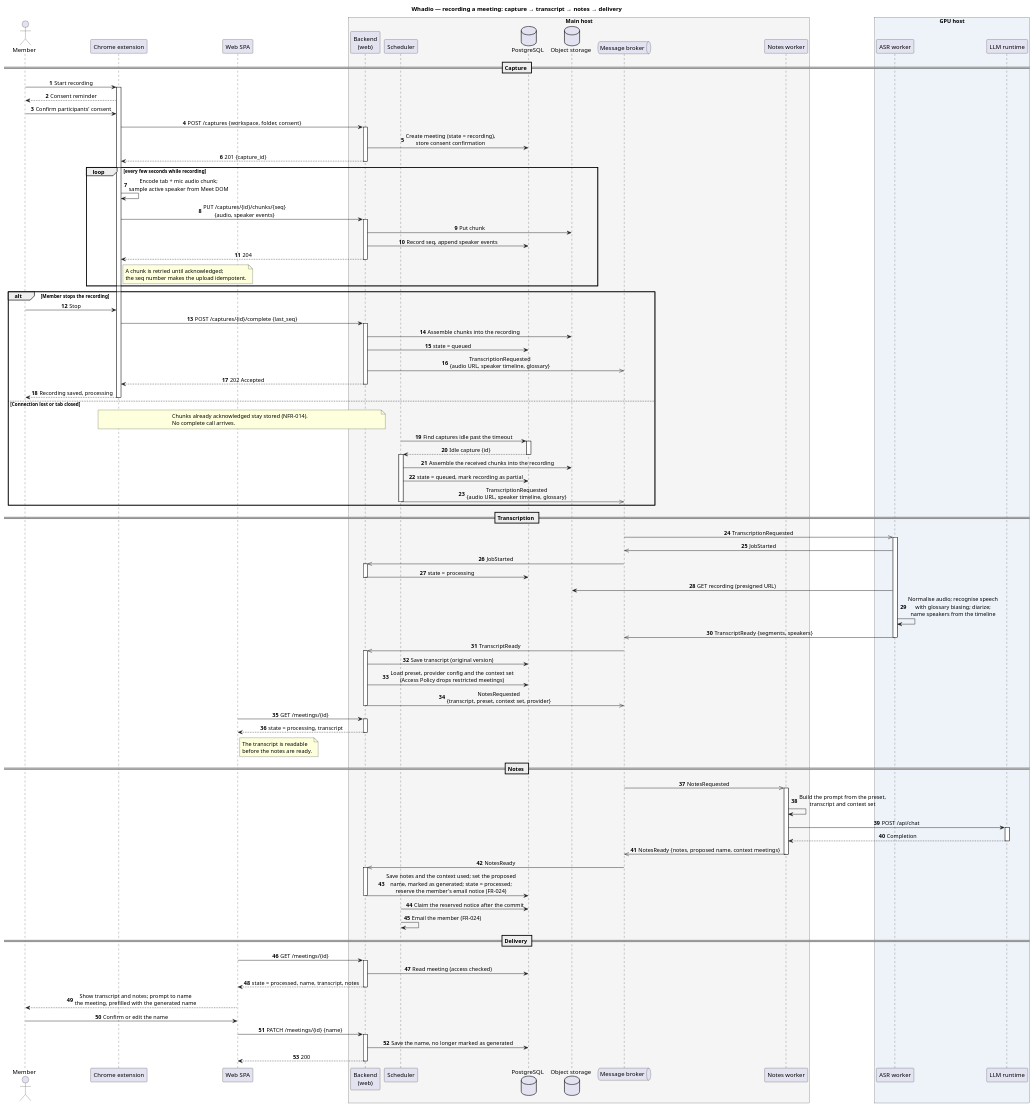
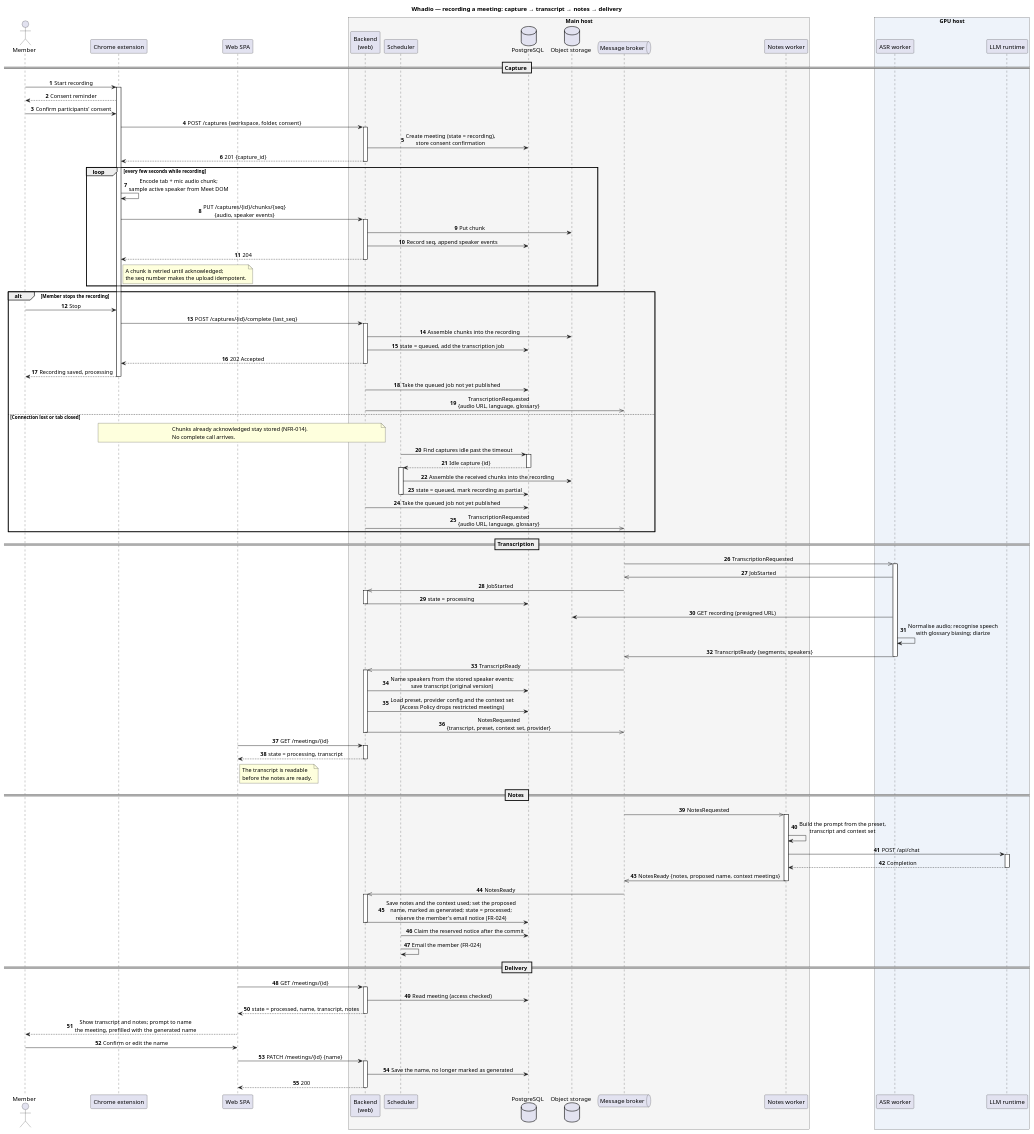
The diagram in docs/architecture/uml/sequence-meeting-pipeline.puml (ukma-fin-ssdm-2026/Whadio), drawn with PlantUML before and after one commit. The commit also changed 6 other files, not shown here.

```diff
--- a/docs/architecture/uml/sequence-meeting-pipeline.puml
+++ b/docs/architecture/uml/sequence-meeting-pipeline.puml
@@ -1,113 +1,115 @@
 @startuml sequence-meeting-pipeline
 title Whadio — recording a meeting: capture → transcript → notes → delivery
 
 skinparam sequenceMessageAlign center
 skinparam responseMessageBelowArrow true
 autonumber
 
 actor "Member" as user
 participant "Chrome extension" as ext
 participant "Web SPA" as spa
 
 box "Main host" #F5F5F5
   participant "Backend\n(web)" as web
   participant "Scheduler" as scheduler
   database "PostgreSQL" as db
   database "Object storage" as store
   queue "Message broker" as mq
   participant "Notes worker" as notes
 end box
 
 box "GPU host" #EEF3FA
   participant "ASR worker" as asr
   participant "LLM runtime" as llm
 end box
 
 == Capture ==
 
 user -> ext ++ : Start recording
 ext --> user : Consent reminder
 user -> ext : Confirm participants' consent
 ext -> web ++ : POST /captures {workspace, folder, consent}
 web -> db : Create meeting (state = recording),\nstore consent confirmation
 web --> ext -- : 201 {capture_id}
 
 loop every few seconds while recording
   ext -> ext : Encode tab + mic audio chunk;\nsample active speaker from Meet DOM
   ext -> web ++ : PUT /captures/{id}/chunks/{seq}\n{audio, speaker events}
   web -> store : Put chunk
   web -> db : Record seq, append speaker events
   web --> ext -- : 204
   note right of ext
     A chunk is retried until acknowledged;
     the seq number makes the upload idempotent.
   end note
 end
 
 alt Member stops the recording
   user -> ext : Stop
   ext -> web ++ : POST /captures/{id}/complete {last_seq}
   web -> store : Assemble chunks into the recording
-  web -> db : state = queued
-  web ->> mq : TranscriptionRequested\n{audio URL, speaker timeline, glossary}
+  web -> db : state = queued, add the transcription job
   web --> ext -- : 202 Accepted
   ext --> user -- : Recording saved, processing
+  web -> db : Take the queued job not yet published
+  web ->> mq : TranscriptionRequested\n{audio URL, language, glossary}
 else Connection lost or tab closed
   note over ext, web
     Chunks already acknowledged stay stored (NFR-014).
     No complete call arrives.
   end note
   scheduler -> db ++ : Find captures idle past the timeout
   db --> scheduler -- : Idle capture {id}
   activate scheduler
   scheduler -> store : Assemble the received chunks into the recording
   scheduler -> db : state = queued, mark recording as partial
-  scheduler ->> mq : TranscriptionRequested\n{audio URL, speaker timeline, glossary}
   deactivate scheduler
+  web -> db : Take the queued job not yet published
+  web ->> mq : TranscriptionRequested\n{audio URL, language, glossary}
 end
 
 == Transcription ==
 
 mq ->> asr ++ : TranscriptionRequested
 asr ->> mq : JobStarted
 mq ->> web ++ : JobStarted
 web -> db -- : state = processing
 asr -> store : GET recording (presigned URL)
-asr -> asr : Normalise audio; recognise speech\nwith glossary biasing; diarize;\nname speakers from the timeline
+asr -> asr : Normalise audio; recognise speech\nwith glossary biasing; diarize
 asr ->> mq -- : TranscriptReady {segments, speakers}
 mq ->> web ++ : TranscriptReady
-web -> db : Save transcript (original version)
+web -> db : Name speakers from the stored speaker events;\nsave transcript (original version)
 web -> db : Load preset, provider config and the context set\n(Access Policy drops restricted meetings)
 web ->> mq -- : NotesRequested\n{transcript, preset, context set, provider}
 
 spa -> web ++ : GET /meetings/{id}
 web --> spa -- : state = processing, transcript
 note right of spa
   The transcript is readable
   before the notes are ready.
 end note
 
 == Notes ==
 
 mq ->> notes ++ : NotesRequested
 notes -> notes : Build the prompt from the preset,\ntranscript and context set
 notes -> llm ++ : POST /api/chat
 llm --> notes -- : Completion
 notes ->> mq -- : NotesReady {notes, proposed name, context meetings}
 mq ->> web ++ : NotesReady
 web -> db : Save notes and the context used; set the proposed\nname, marked as generated; state = processed;\nreserve the member's email notice (FR-024)
 deactivate web
 scheduler -> db : Claim the reserved notice after the commit
 scheduler -> scheduler : Email the member (FR-024)
 
 == Delivery ==
 
 spa -> web ++ : GET /meetings/{id}
 web -> db : Read meeting (access checked)
 web --> spa -- : state = processed, name, transcript, notes
 spa --> user : Show transcript and notes; prompt to name\nthe meeting, prefilled with the generated name
 user -> spa : Confirm or edit the name
 spa -> web ++ : PATCH /meetings/{id} {name}
 web -> db : Save the name, no longer marked as generated
 web --> spa -- : 200
 @enduml
```
